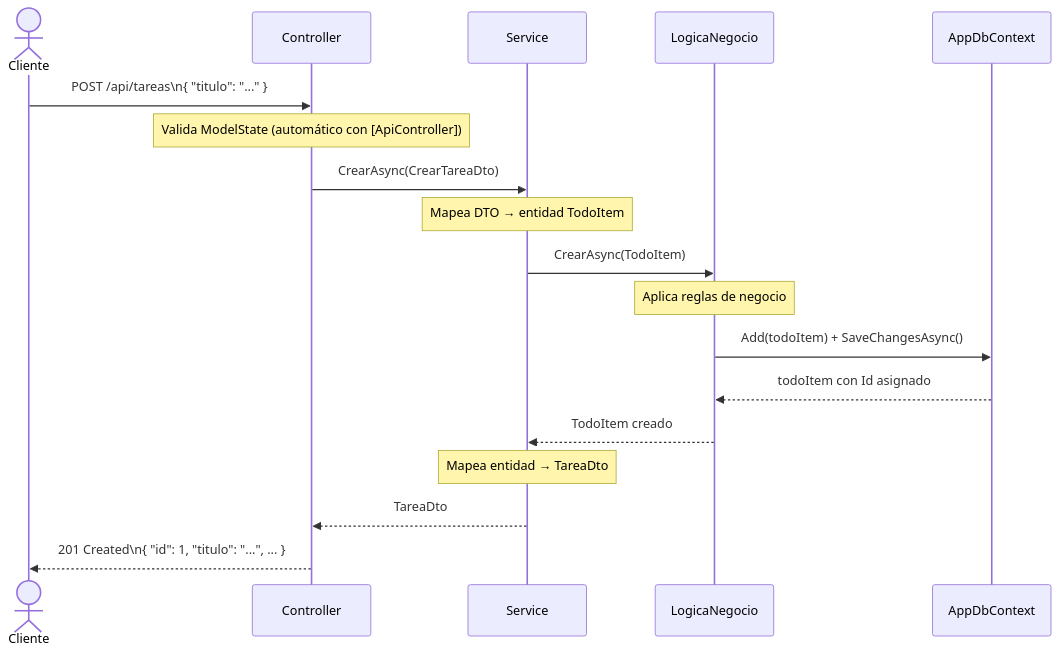
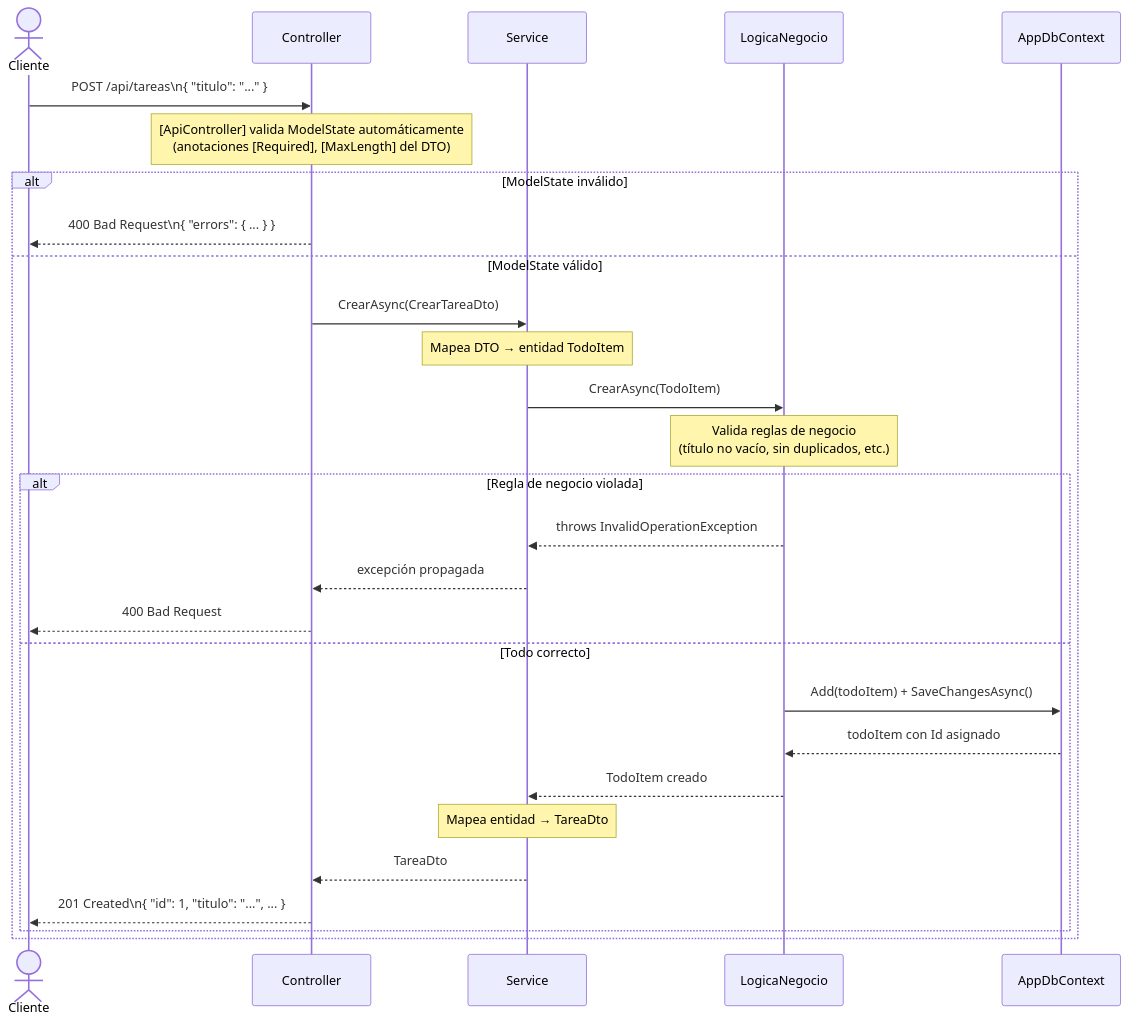
One commit to hispafox/DemoCopilot changed the fourth of 6 diagrams in docs/skills-orquestacion.md. Above: the diagram before and after it, drawn with Mermaid. The commit also changed other lines of this file and 4 other files, not shown here.

````diff
--- a/docs/skills-orquestacion.md
+++ b/docs/skills-orquestacion.md
@@ -143,21 +160,31 @@
 ```mermaid
 sequenceDiagram
     actor Cliente
     participant C as Controller
     participant S as Service
     participant L as LogicaNegocio
     participant DB as AppDbContext
 
     Cliente->>C: POST /api/tareas\n{ "titulo": "..." }
-    Note over C: Valida ModelState (automático con [ApiController])
-    C->>S: CrearAsync(CrearTareaDto)
-    Note over S: Mapea DTO → entidad TodoItem
-    S->>L: CrearAsync(TodoItem)
-    Note over L: Aplica reglas de negocio
-    L->>DB: Add(todoItem) + SaveChangesAsync()
-    DB-->>L: todoItem con Id asignado
-    L-->>S: TodoItem creado
-    Note over S: Mapea entidad → TareaDto
-    S-->>C: TareaDto
-    C-->>Cliente: 201 Created\n{ "id": 1, "titulo": "...", ... }
+    Note over C: [ApiController] valida ModelState automáticamente<br/>(anotaciones [Required], [MaxLength] del DTO)
+    alt ModelState inválido
+        C-->>Cliente: 400 Bad Request\n{ "errors": { ... } }
+    else ModelState válido
+        C->>S: CrearAsync(CrearTareaDto)
+        Note over S: Mapea DTO → entidad TodoItem
+        S->>L: CrearAsync(TodoItem)
+        Note over L: Valida reglas de negocio<br/>(título no vacío, sin duplicados, etc.)
+        alt Regla de negocio violada
+            L-->>S: throws InvalidOperationException
+            S-->>C: excepción propagada
+            C-->>Cliente: 400 Bad Request
+        else Todo correcto
+            L->>DB: Add(todoItem) + SaveChangesAsync()
+            DB-->>L: todoItem con Id asignado
+            L-->>S: TodoItem creado
+            Note over S: Mapea entidad → TareaDto
+            S-->>C: TareaDto
+            C-->>Cliente: 201 Created\n{ "id": 1, "titulo": "...", ... }
+        end
+    end
 ```
````
